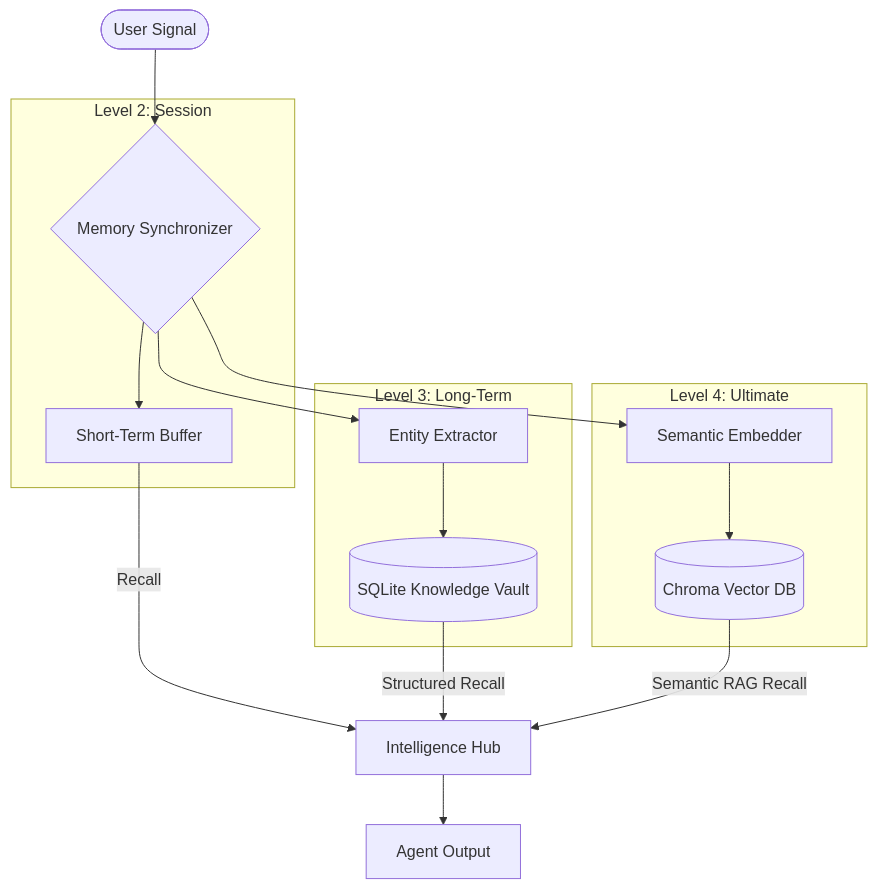
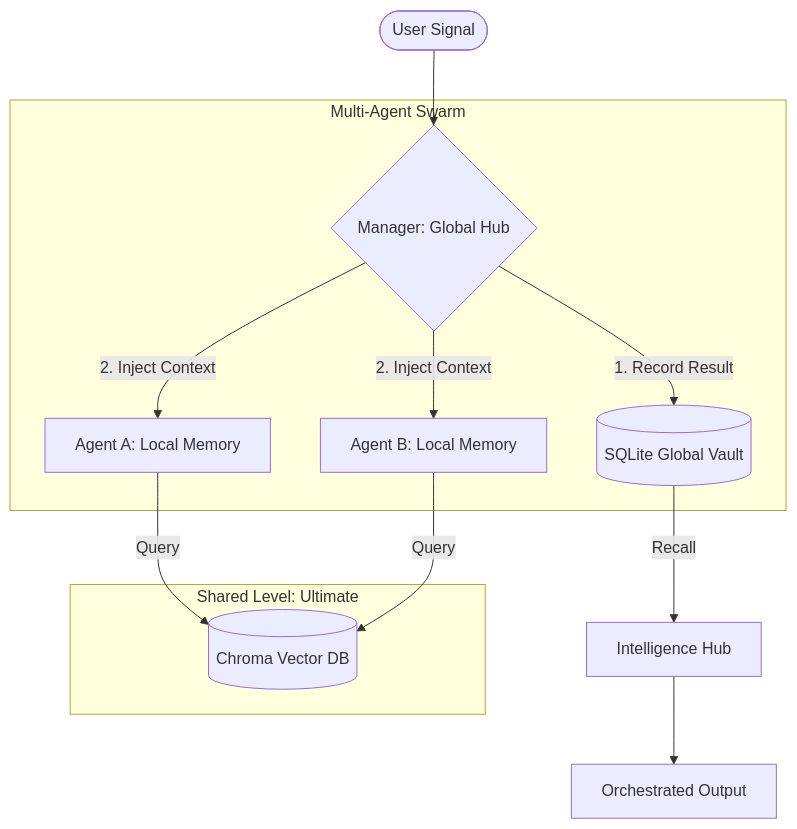
The diagram in README.md (Sam-Dev-AI/OrionAgent), drawn with Mermaid before and after one commit. The commit also changed other lines of this file and 15 other files, not shown here.

````diff
--- a/README.md
+++ b/README.md
@@ -326,24 +336,18 @@
 ```mermaid
 graph TD
-    User([User Signal]) --> Sync{Memory Synchronizer}
+    User([User Signal]) --> Sync{Manager: Global Hub}
     
-    subgraph Level 2: Session
-        Sync --> Buffer[Short-Term Buffer]
+    subgraph Multi-Agent Swarm
+        Sync -- 1. Record Result --> SQL[(SQLite Global Vault)]
+        Sync -- 2. Inject Context --> AgentA[Agent A: Local Memory]
+        Sync -- 2. Inject Context --> AgentB[Agent B: Local Memory]
     end
     
-    subgraph Level 3: Long-Term
-        Sync --> Extract[Entity Extractor]
-        Extract --> SQL[(SQLite Knowledge Vault)]
+    subgraph Shared Level: Ultimate
+        AgentA -- Query --> Chroma[(Chroma Vector DB)]
+        AgentB -- Query --> Chroma
     end
     
-    subgraph Level 4: Ultimate
-        Sync --> Embedding[Semantic Embedder]
-        Embedding --> Chroma[(Chroma Vector DB)]
-    end
-    
-    Buffer -- Recall --> Hub[Intelligence Hub]
-    SQL -- Structured Recall --> Hub
-    Chroma -- Semantic RAG Recall --> Hub
-    
-    Hub --> Agent[Agent Output]
+    SQL -- Recall --> Hub[Intelligence Hub]
+    Hub --> Final[Orchestrated Output]
 ```
````
